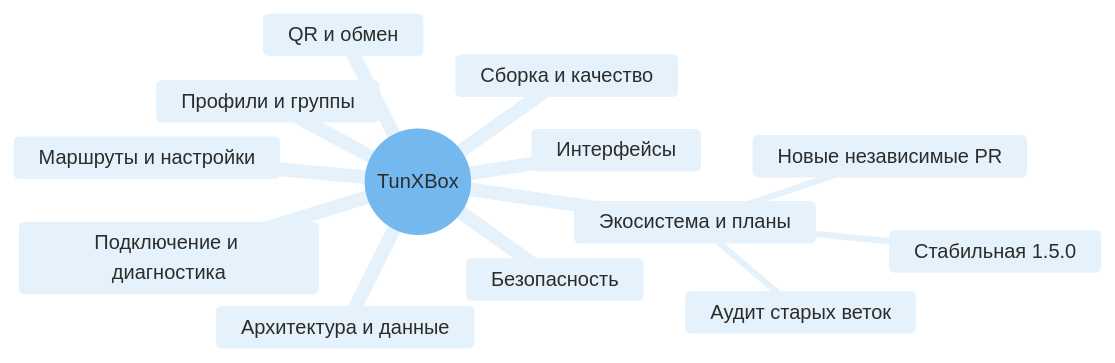
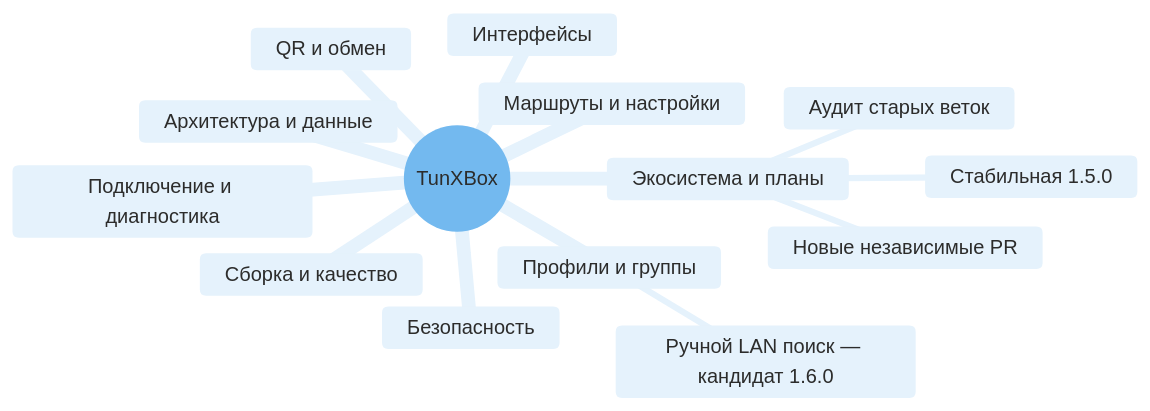
One commit to LeonidYasin/TunXBox changed the diagram in docs/project-map.md. Above: the diagram before and after it, drawn with Mermaid. The commit also changed other lines of this file and 34 other files, not shown here.

````diff
--- a/docs/project-map.md
+++ b/docs/project-map.md
@@ -9,17 +9,18 @@
 ```mermaid
 %%{init: {"theme": "base", "themeVariables": {"primaryColor": "#E5F2FC", "primaryTextColor": "#2C2C2B", "primaryBorderColor": "#2783DE", "lineColor": "#7D7A75", "secondaryColor": "#E8F1EC", "tertiaryColor": "#F9F8F7", "fontFamily": "Arial", "cScale0": "#E5F2FC", "cScaleLabel0": "#2C2C2B", "cScale1": "#E5F2FC", "cScaleLabel1": "#2C2C2B", "cScale2": "#E5F2FC", "cScaleLabel2": "#2C2C2B", "cScale3": "#E5F2FC", "cScaleLabel3": "#2C2C2B", "cScale4": "#E5F2FC", "cScaleLabel4": "#2C2C2B", "cScale5": "#E5F2FC", "cScaleLabel5": "#2C2C2B", "cScale6": "#E5F2FC", "cScaleLabel6": "#2C2C2B", "cScale7": "#E5F2FC", "cScaleLabel7": "#2C2C2B", "cScale8": "#E5F2FC", "cScaleLabel8": "#2C2C2B", "cScale9": "#E5F2FC", "cScaleLabel9": "#2C2C2B", "cScale10": "#E5F2FC", "cScaleLabel10": "#2C2C2B", "cScale11": "#E5F2FC", "cScaleLabel11": "#2C2C2B"}}}%%
 mindmap
   root((TunXBox))
     Интерфейсы
     Профили и группы
+      Ручной LAN поиск — кандидат 1.6.0
     Подключение и диагностика
     Маршруты и настройки
     QR и обмен
     Архитектура и данные
     Сборка и качество
     Безопасность
     Экосистема и планы
       Стабильная 1.5.0
       Аудит старых веток
       Новые независимые PR
 ```
````
